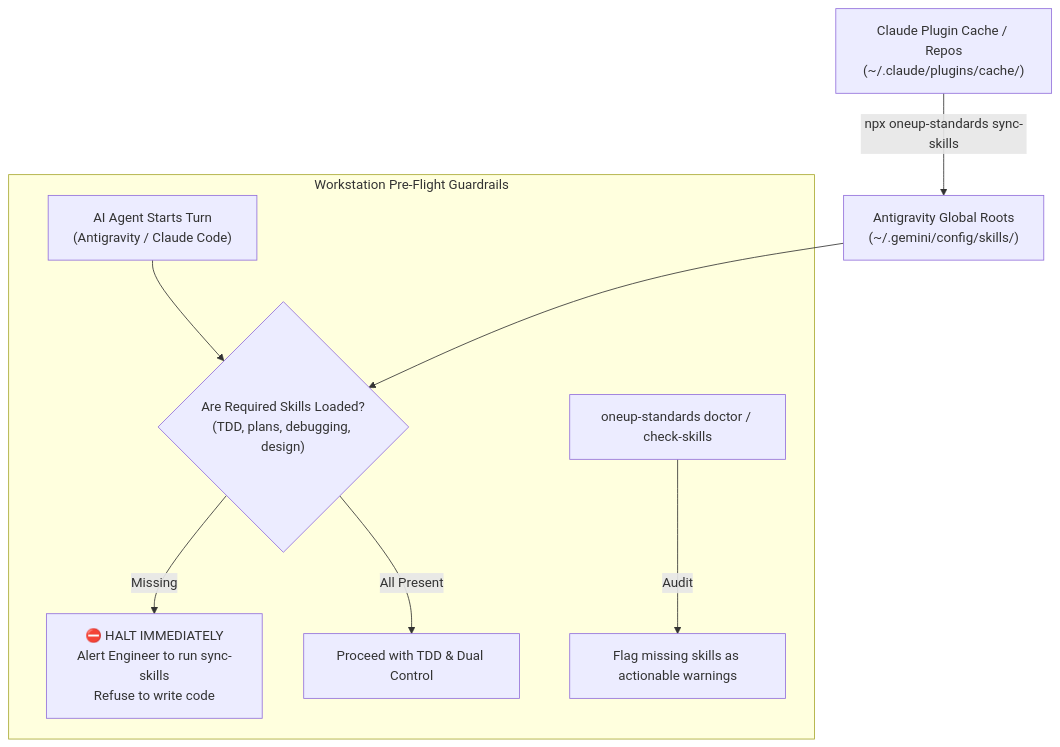
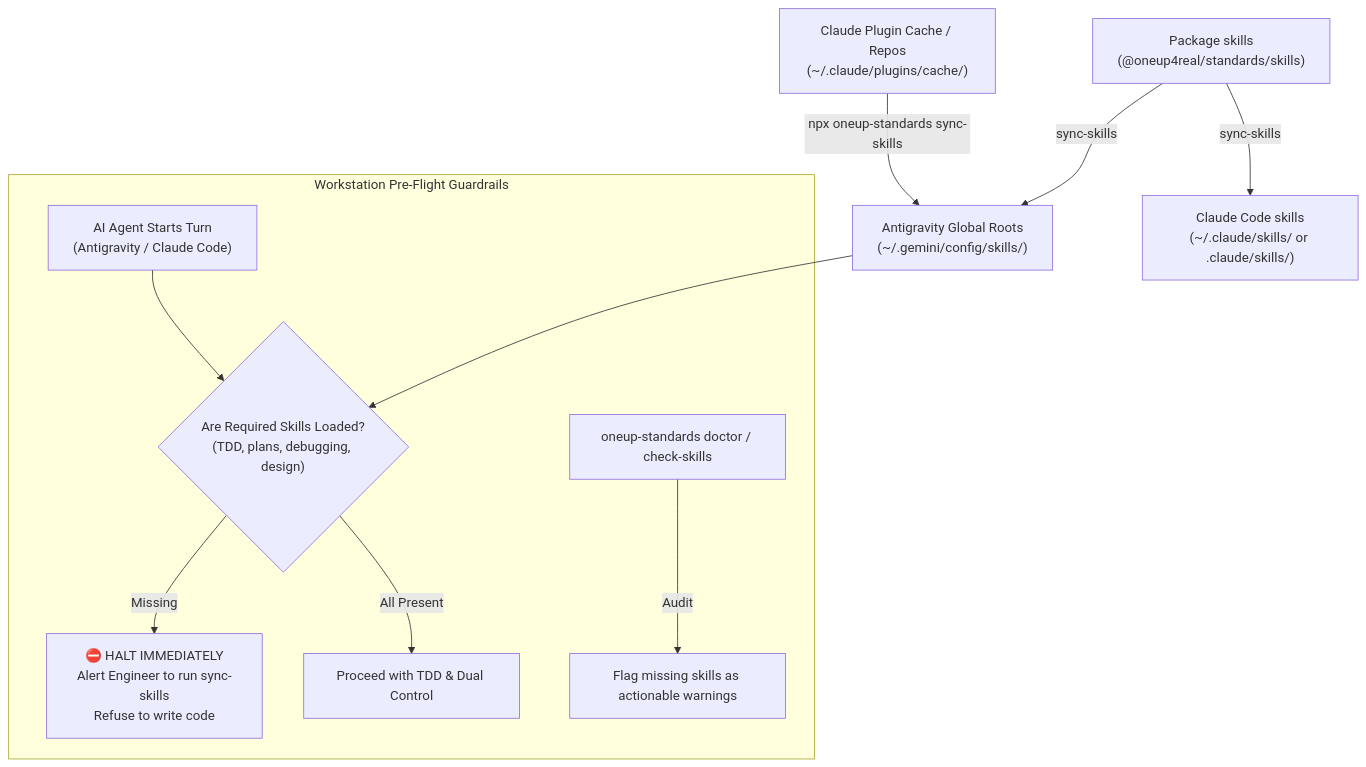
Before and after one commit to oneup4real/engineering-standards: the seventh of 10 diagrams in README.md, drawn with Mermaid. The commit also changed other lines of this file and 3 other files, not shown here.

````diff
--- a/README.md
+++ b/README.md
@@ -297,15 +382,17 @@
 ```mermaid
 graph TD
     Cache["Claude Plugin Cache / Repos\n(~/.claude/plugins/cache/)"] -->|npx oneup-standards sync-skills| AntiGrav["Antigravity Global Roots\n(~/.gemini/config/skills/)"]
+    Bundled["Package skills\n(@oneup4real/standards/skills)"] -->|sync-skills| AntiGrav
+    Bundled -->|sync-skills| Claude["Claude Code skills\n(~/.claude/skills/ or .claude/skills/)"]
     
     subgraph "Workstation Pre-Flight Guardrails"
         SessionStart["AI Agent Starts Turn\n(Antigravity / Claude Code)"]
         SessionStart --> CheckSkills{"Are Required Skills Loaded?\n(TDD, plans, debugging, design)"}
         CheckSkills -->|Missing| Halt["⛔ HALT IMMEDIATELY\nAlert Engineer to run sync-skills\nRefuse to write code"]
         CheckSkills -->|All Present| CodeAllowed["Proceed with TDD & Dual Control"]
         
         DoctorCheck["oneup-standards doctor / check-skills"] -->|Audit| SkillsStatus["Flag missing skills as actionable warnings"]
     end
     
     AntiGrav --> CheckSkills
 ```
````
